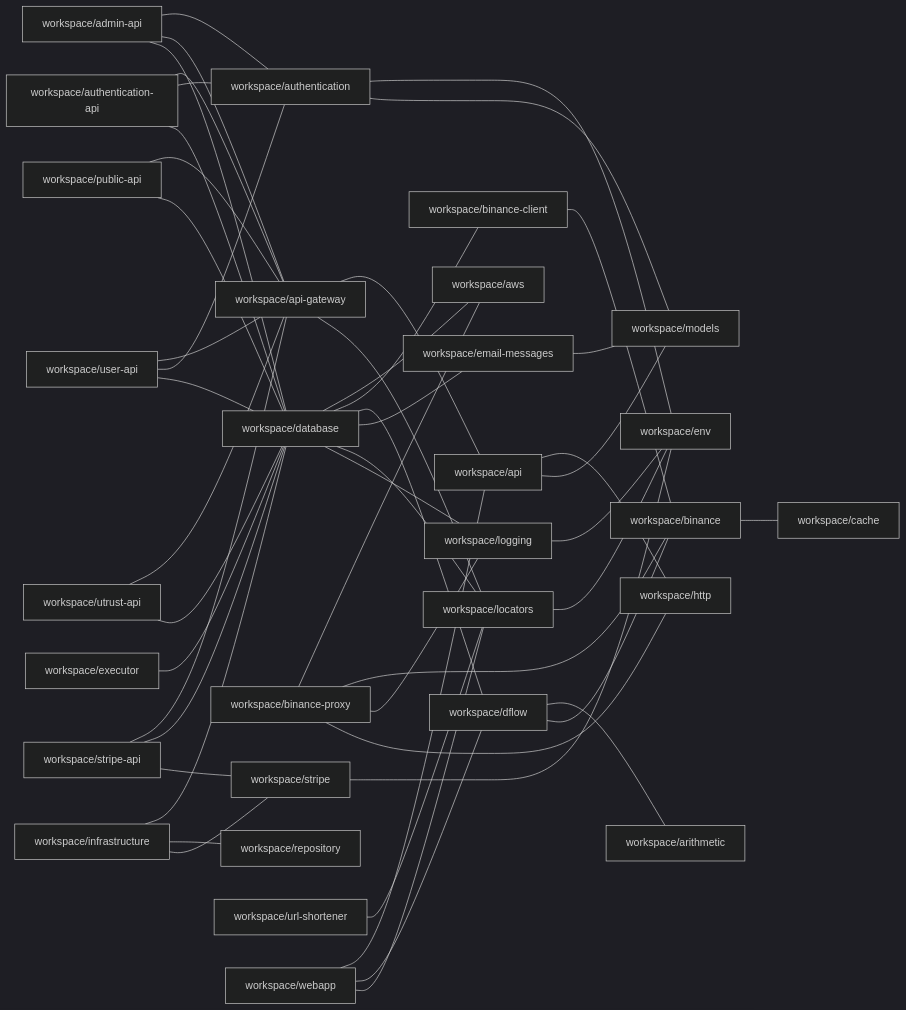
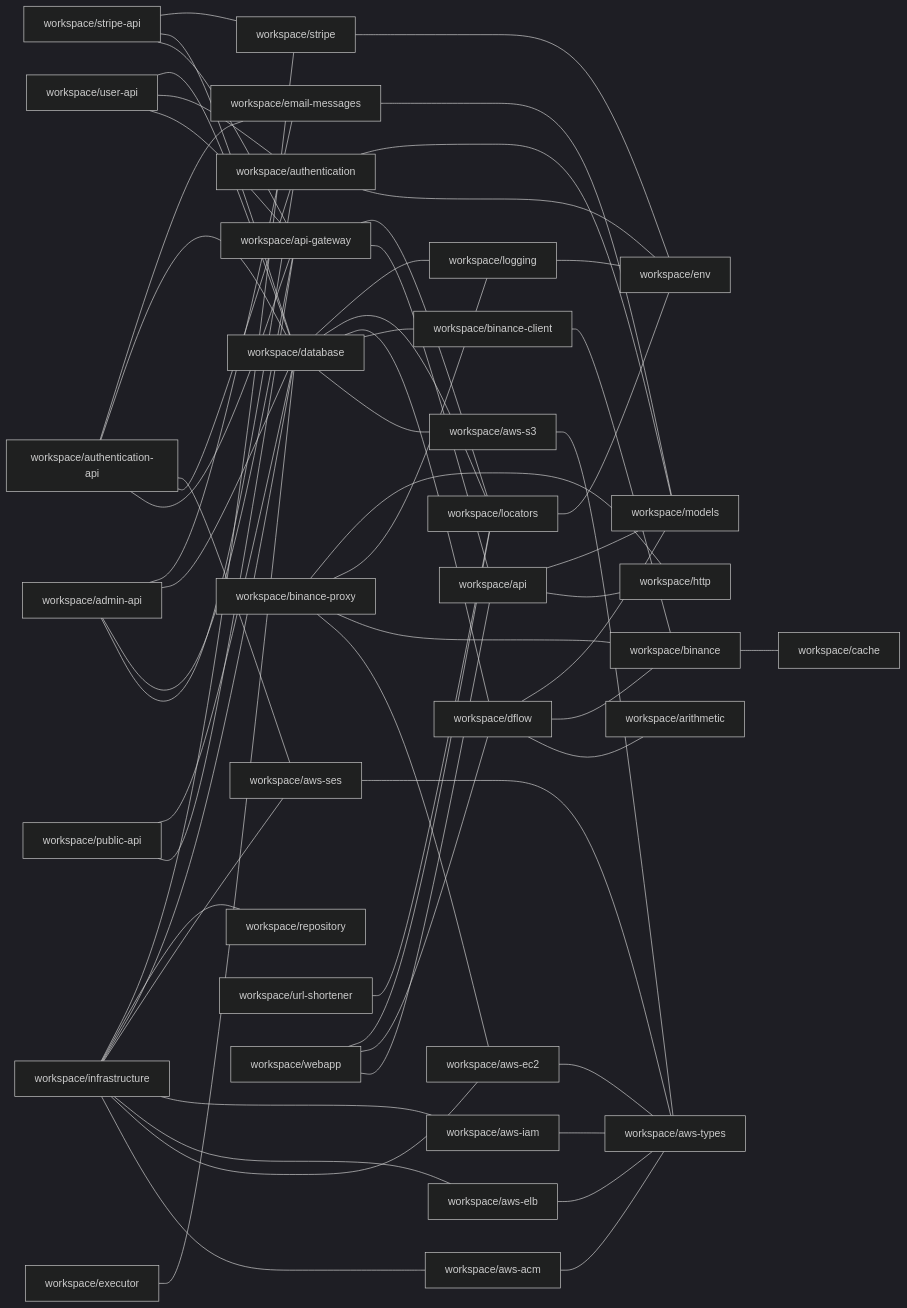
Before and after one commit to ggbot-org/ggbot: the diagram in docs/npm-dependencies.md, drawn with Mermaid (dark theme). The commit also changed 114 other files, not shown here.

Commit message:
split aws workspace

````diff
--- a/docs/npm-dependencies.md
+++ b/docs/npm-dependencies.md
@@ -5,51 +5,63 @@
 ```mermaid
 graph LR
     workspace/admin-api --- workspace/authentication
     workspace/admin-api --- workspace/api-gateway
     workspace/admin-api --- workspace/database
+    workspace/admin-api --- workspace/email-messages
     workspace/api --- workspace/http
     workspace/api --- workspace/models
     workspace/api-gateway --- workspace/api
     workspace/api-gateway --- workspace/locators
     workspace/authentication --- workspace/env
     workspace/authentication --- workspace/models
     workspace/authentication-api --- workspace/api-gateway
     workspace/authentication-api --- workspace/authentication
+    workspace/authentication-api --- workspace/aws-ses
     workspace/authentication-api --- workspace/database
+    workspace/authentication-api --- workspace/email-messages
+    workspace/aws-acm --- workspace/aws-types
+    workspace/aws-ec2 --- workspace/aws-types
+    workspace/aws-elb --- workspace/aws-types
+    workspace/aws-iam --- workspace/aws-types
+    workspace/aws-s3 --- workspace/aws-types
+    workspace/aws-ses --- workspace/aws-types
     workspace/binance --- workspace/cache
     workspace/binance-client --- workspace/binance
-    workspace/binance-proxy --- workspace/aws
+    workspace/binance-proxy --- workspace/aws-ec2
     workspace/binance-proxy --- workspace/binance
     workspace/binance-proxy --- workspace/logging
     workspace/binance-proxy --- workspace/http
-    workspace/database --- workspace/aws
+    workspace/database --- workspace/aws-s3
     workspace/database --- workspace/binance-client
     workspace/database --- workspace/dflow
-    workspace/database --- workspace/email-messages
     workspace/database --- workspace/locators
     workspace/database --- workspace/logging
     workspace/dflow --- workspace/arithmetic
     workspace/dflow --- workspace/binance
+    workspace/dflow --- workspace/models
     workspace/email-messages --- workspace/models
     workspace/executor --- workspace/database
+    workspace/infrastructure --- workspace/aws-acm
+    workspace/infrastructure --- workspace/aws-ec2
+    workspace/infrastructure --- workspace/aws-elb
+    workspace/infrastructure --- workspace/aws-iam
+    workspace/infrastructure --- workspace/aws-ses
     workspace/infrastructure --- workspace/database
     workspace/infrastructure --- workspace/repository
     workspace/infrastructure --- workspace/stripe
     workspace/locators --- workspace/env
     workspace/logging --- workspace/env
     workspace/public-api --- workspace/api-gateway
     workspace/public-api --- workspace/database
     workspace/stripe --- workspace/env
     workspace/stripe-api --- workspace/api-gateway
     workspace/stripe-api --- workspace/database
     workspace/stripe-api --- workspace/stripe
     workspace/url-shortener --- workspace/locators
     workspace/user-api --- workspace/api-gateway
     workspace/user-api --- workspace/authentication
     workspace/user-api --- workspace/database
-    workspace/utrust-api --- workspace/api-gateway
-    workspace/utrust-api --- workspace/database
     workspace/webapp --- workspace/api
     workspace/webapp --- workspace/dflow
     workspace/webapp --- workspace/locators
 ```
````
